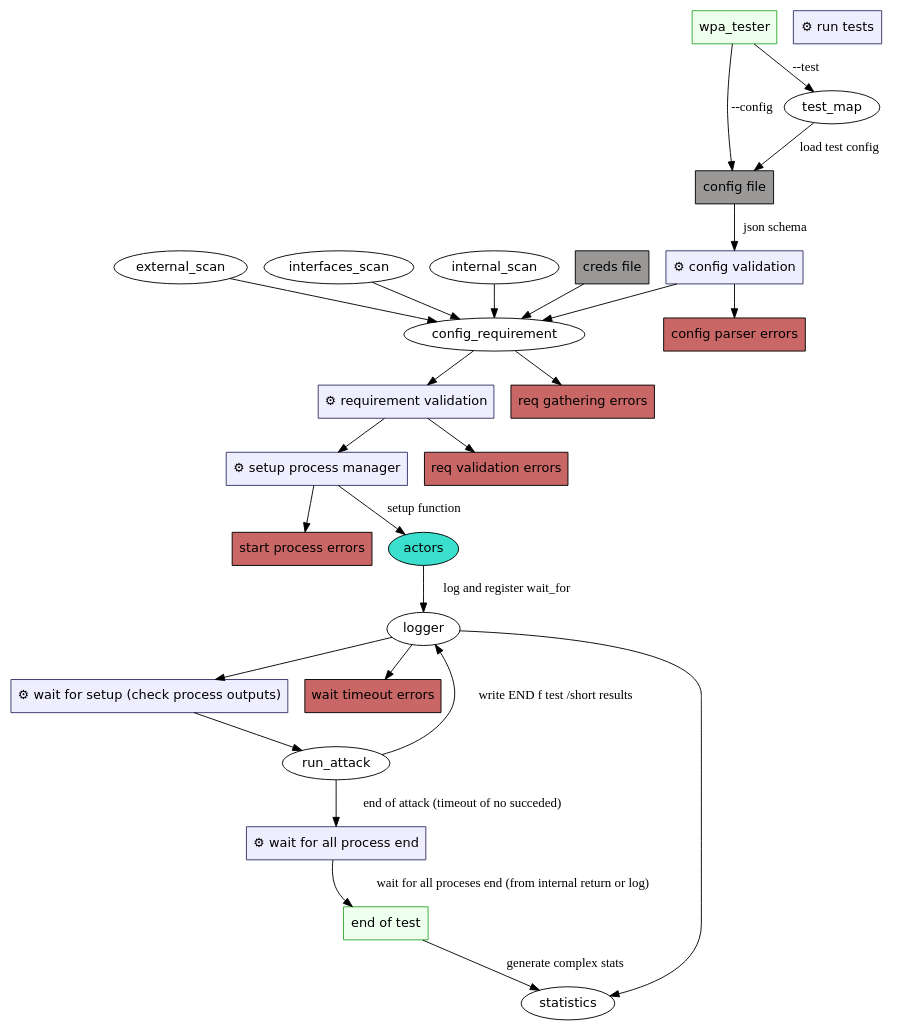
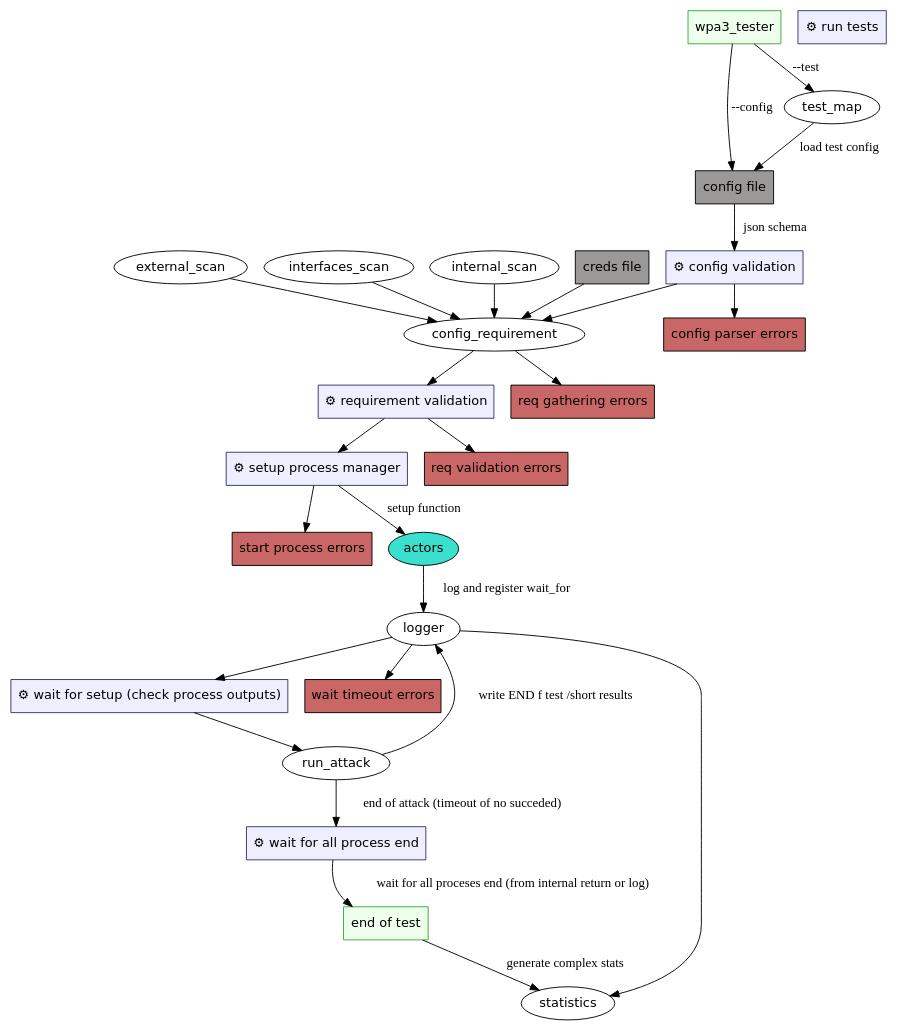
One commit to Omelug/wpa3_tester changed the diagram in doc/config/one_test.dot. Above: the diagram before and after it, drawn with Graphviz. The commit also changed 29 other files, not shown here.

```diff
--- a/doc/config/one_test.dot
+++ b/doc/config/one_test.dot
@@ -1,112 +1,112 @@
 digraph {
     //rankdir=LR;
     node [fontname="DejaVu Sans"];
 
     { // processes
         node [
             shape=rectangle,
             style=filled,
             fillcolor="#EEEEFF",
             color="#333366",
             label="⚙ settings",
         ];
         config_validation[label="⚙ config validation"];
         req_validation[label="⚙ requirement validation"];
         start_processes[label="⚙ setup process manager"];
         wait_for_setup[label="⚙ wait for setup (check process outputs)"];
         run_tests[label="⚙ run tests"];
         wait_for_all_process_end[label="⚙ wait for all process end"];
     }
     { // errors
         node [
             shape=rectangle,
             style=filled,
             fillcolor="#c96666",
             label="error",
         ];
         parser_error[label="config parser errors"];
         req_gather_error[label="req gathering errors"];
         req_val_error[label="req validation errors"];
         start_process_error[label="start process errors"];
         wait_process_error[label="wait timeout errors"];
     }
     { // files
         node [
             shape=rectangle,
             style=filled,
             fillcolor="#9b9898",
             label="file",
         ];
         creds[label="creds file"];
         configfile[label="config file"];
 
     }
 
     // start
-    wpa_tester[
+    wpa3_tester[
         shape=rectangle,
         color="#33aa33",
         style=filled,
         fillcolor="#eeffee",
-        label="wpa_tester"
+        label="wpa3_tester"
     ];
 
-    wpa_tester -> configfile [label="--config"];
-    wpa_tester -> test_map[label="--test"];
+    wpa3_tester -> configfile [label="--config"];
+    wpa3_tester -> test_map[label="--test"];
     test_map -> configfile [label="load test config"];
 
     configfile -> config_validation [label="json schema"];
     config_validation -> parser_error;
 
 
     config_validation ->config_requirement;
     creds ->config_requirement;
 
     external_scan ->config_requirement;
     interfaces_scan ->config_requirement;
     internal_scan ->config_requirement;
     config_requirement -> req_gather_error;
 
     config_requirement -> req_validation;
     req_validation -> req_val_error;
 
     req_validation->start_processes;
     start_processes -> start_process_error;
 
      { // example processes
         node [
             style=filled,
             fillcolor="#3ae0cd",
             label="file",
         ];
         actors[label="actors"];
     }
     start_processes -> actors[label="setup function"];
     actors -> log[label="log and register wait_for "];
 
     { //log
         node [
             style=filled,
             fillcolor="#6ea4d3",
             label="log",
         ];
         log[label="logger"];
     }
     log -> wait_process_error;
     log -> wait_for_setup;
 
 
     wait_for_setup -> run_attack;
     run_attack ->wait_for_all_process_end[label="end of attack (timeout of no succeded)"];
     run_attack -> log [label="write END f test /short results"];
     wait_for_all_process_end -> end_of_test[label="wait for all proceses end (from internal return or log)"];
     end_of_test[
         shape=rectangle,
         color="#33aa33",
         style=filled,
         fillcolor="#eeffee",
         label="end of test"
     ];
     end_of_test -> statistics[label="generate complex stats"];
     log -> statistics;
 }
```
